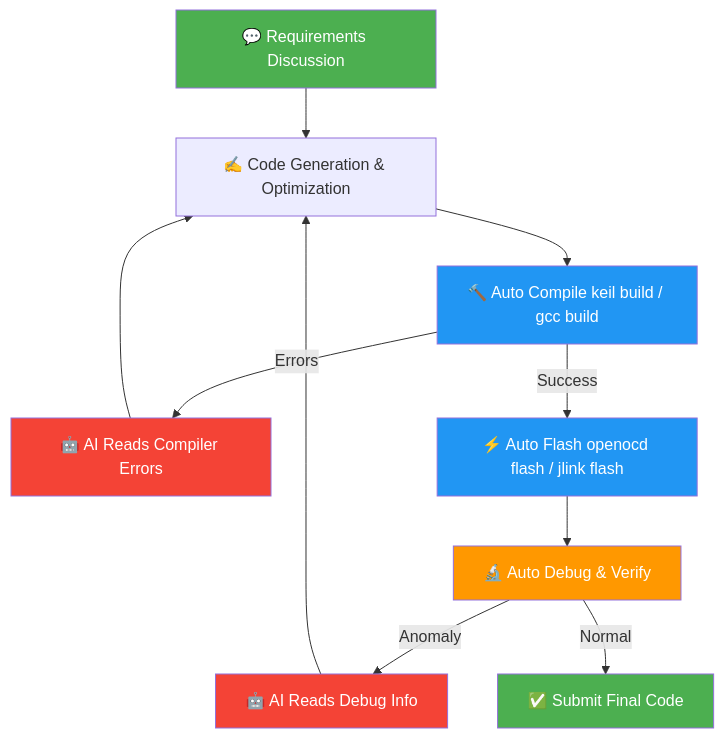
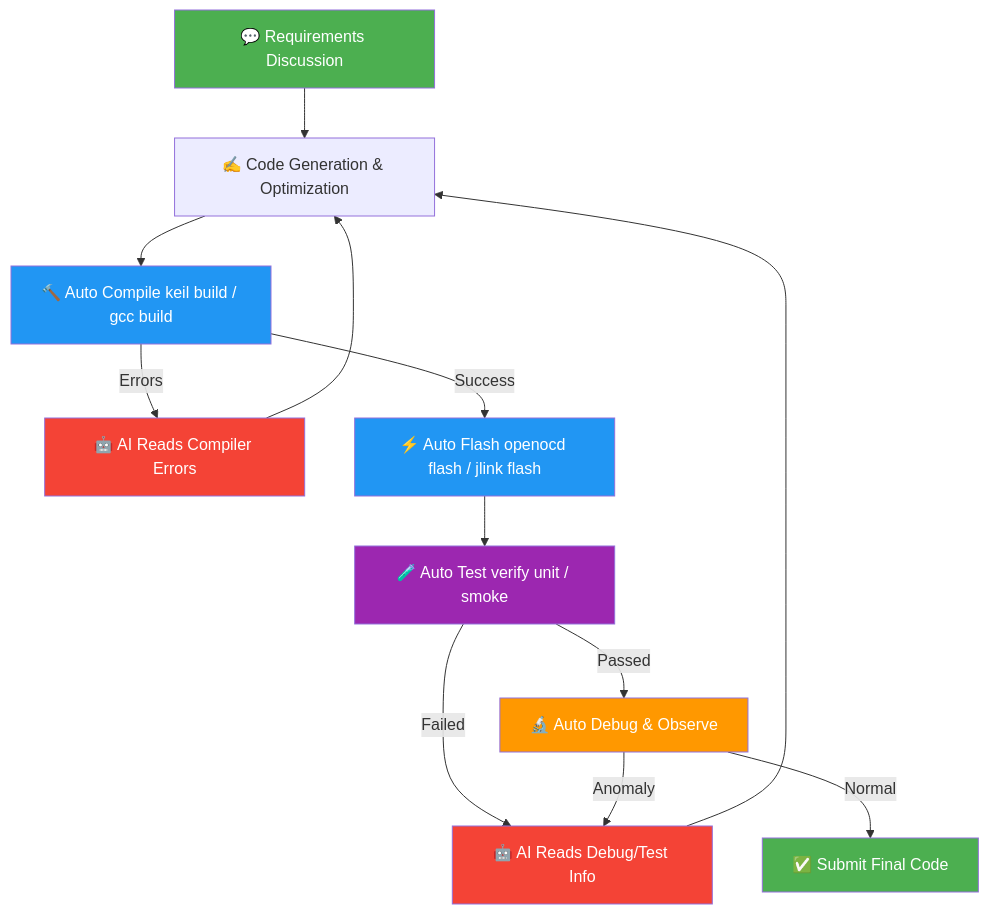
Before and after one commit to zhinkgit/embeddedskills: the diagram in docs/getting-started.en.md, drawn with Mermaid. The commit also changed other lines of this file and 17 other files, not shown here.

````diff
--- a/docs/getting-started.en.md
+++ b/docs/getting-started.en.md
@@ -162,20 +163,23 @@
 ```mermaid
 flowchart TD
     A["💬 Requirements Discussion"] --> B["✍️ Code Generation & Optimization"]
     B --> C["🔨 Auto Compile keil build / gcc build"]
     C -->|Errors| D["🤖 AI Reads Compiler Errors"]
     D --> B
     C -->|Success| E["⚡ Auto Flash openocd flash / jlink flash"]
-    E --> F["🔬 Auto Debug & Verify"]
-    F -->|Anomaly| G["🤖 AI Reads Debug Info"]
+    E --> V["🧪 Auto Test verify unit / smoke"]
+    V -->|Failed| G["🤖 AI Reads Debug/Test Info"]
+    V -->|Passed| F["🔬 Auto Debug & Observe"]
+    F -->|Anomaly| G
     G --> B
     F -->|Normal| H["✅ Submit Final Code"]
 
     style A fill:#4CAF50,color:#fff
     style H fill:#4CAF50,color:#fff
     style C fill:#2196F3,color:#fff
     style E fill:#2196F3,color:#fff
+    style V fill:#9C27B0,color:#fff
     style F fill:#FF9800,color:#fff
     style D fill:#f44336,color:#fff
     style G fill:#f44336,color:#fff
 ```
````
